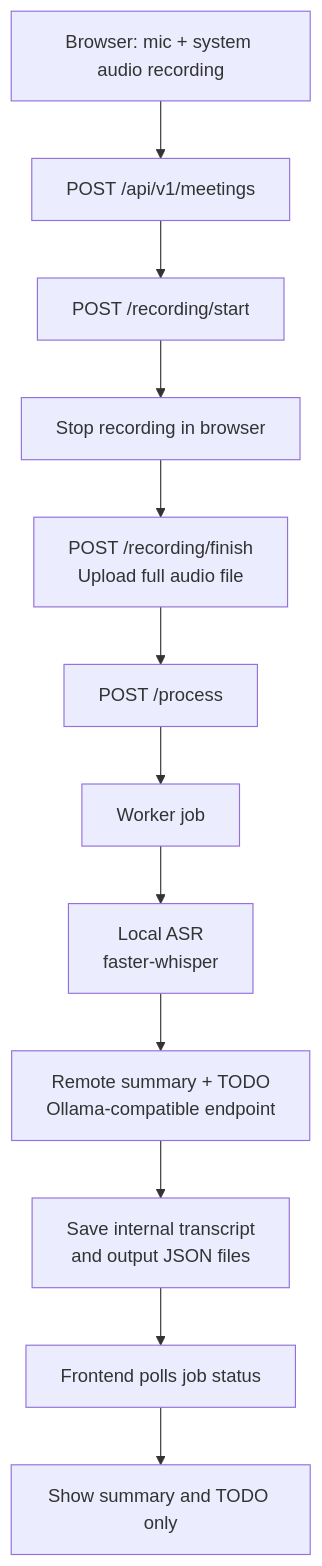
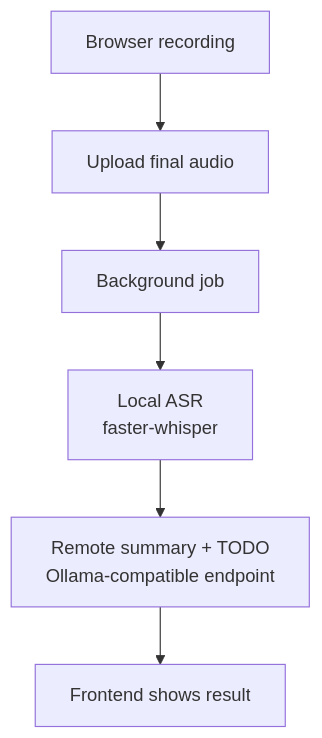
The diagram in README.md (aexss12378/meeting-notes-app), drawn with Mermaid before and after one commit.

Commit message:
Simplify README workflow diagram

````diff
--- a/README.md
+++ b/README.md
@@ -30,14 +30,8 @@
 ```mermaid
 flowchart TD
-    A["Browser: mic + system audio recording"] --> B["POST /api/v1/meetings"]
-    B --> C["POST /recording/start"]
-    C --> D["Stop recording in browser"]
-    D --> E["POST /recording/finish<br/>Upload full audio file"]
-    E --> F["POST /process"]
-    F --> G["Worker job"]
-    G --> H["Local ASR<br/>faster-whisper"]
-    H --> I["Remote summary + TODO<br/>Ollama-compatible endpoint"]
-    I --> J["Save internal transcript<br/>and output JSON files"]
-    J --> K["Frontend polls job status"]
-    K --> L["Show summary and TODO only"]
+    A["Browser recording"] --> B["Upload final audio"]
+    B --> C["Background job"]
+    C --> D["Local ASR<br/>faster-whisper"]
+    D --> E["Remote summary + TODO<br/>Ollama-compatible endpoint"]
+    E --> F["Frontend shows result"]
 ```
````
